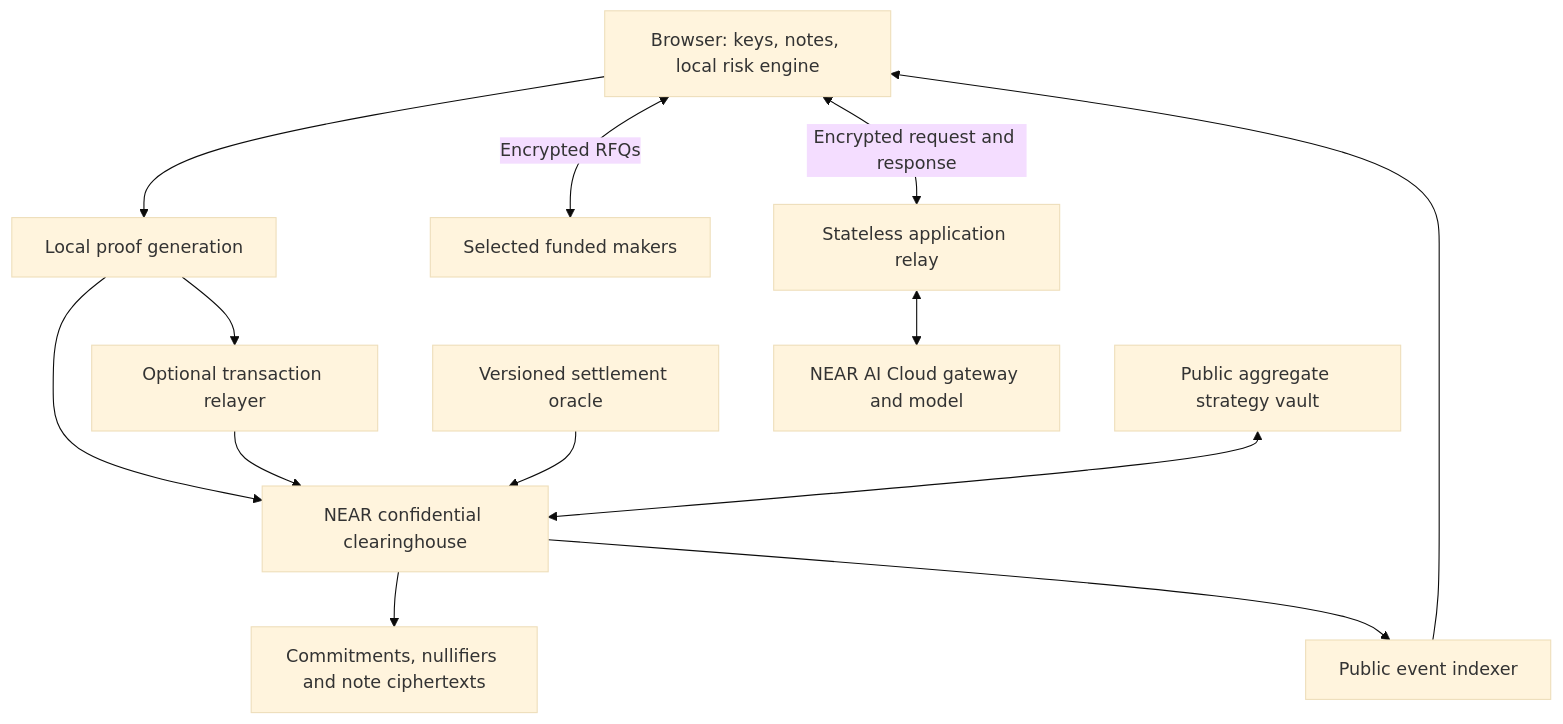
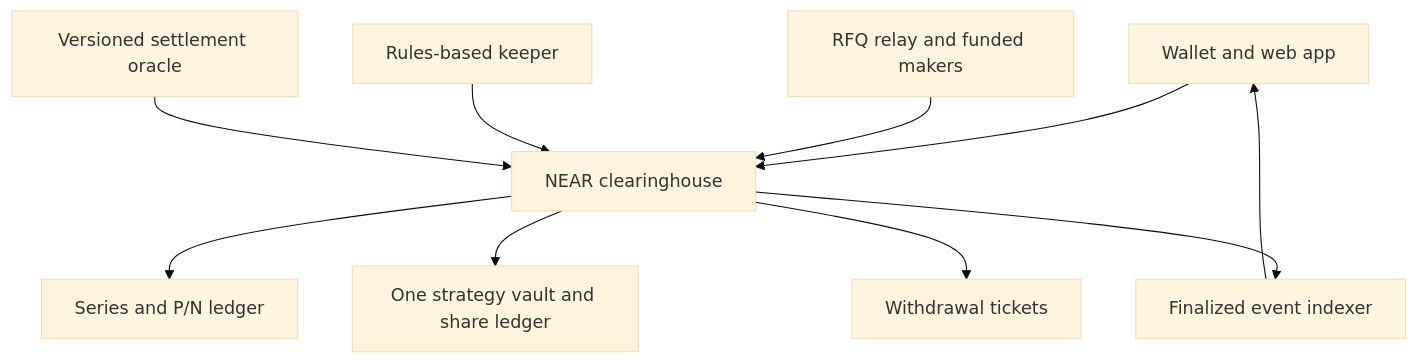
Before and after one commit to deepakA18/hedgeveil: the diagram in IMPLEMENTATION_PLAN.md, drawn with Mermaid (base theme). The commit also changed other lines of this file and 92 other files, not shown here.

First line of the commit message:
feat: Introduce public-ledger schema and validation

````diff
--- a/IMPLEMENTATION_PLAN.md
+++ b/IMPLEMENTATION_PLAN.md
@@ -126,15 +125,12 @@
 ```mermaid
 flowchart TB
-    U[Browser: keys, notes, local risk engine] --> P[Local proof generation]
-    P --> R[Optional transaction relayer]
-    P --> C[NEAR confidential clearinghouse]
-    R --> C
-    U <-->|Encrypted RFQs| M[Selected funded makers]
-    C --> L[Commitments, nullifiers and note ciphertexts]
+    U[Wallet and web app] --> C[NEAR clearinghouse]
+    Q[RFQ relay and funded makers] --> C
+    K[Rules-based keeper] --> C
     O[Versioned settlement oracle] --> C
-    V[Public aggregate strategy vault] <--> C
-    C --> I[Public event indexer]
+    C --> L[Series and P/N ledger]
+    C --> V[One strategy vault and share ledger]
+    C --> W[Withdrawal tickets]
+    C --> I[Finalized event indexer]
     I --> U
-    U <-->|Encrypted request and response| A[Stateless application relay]
-    A <--> T[NEAR AI Cloud gateway and model]
 ```
````
